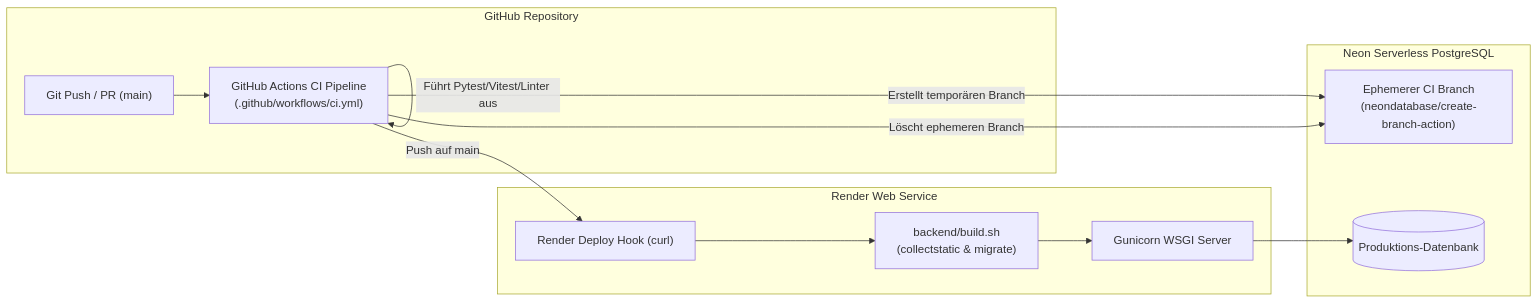
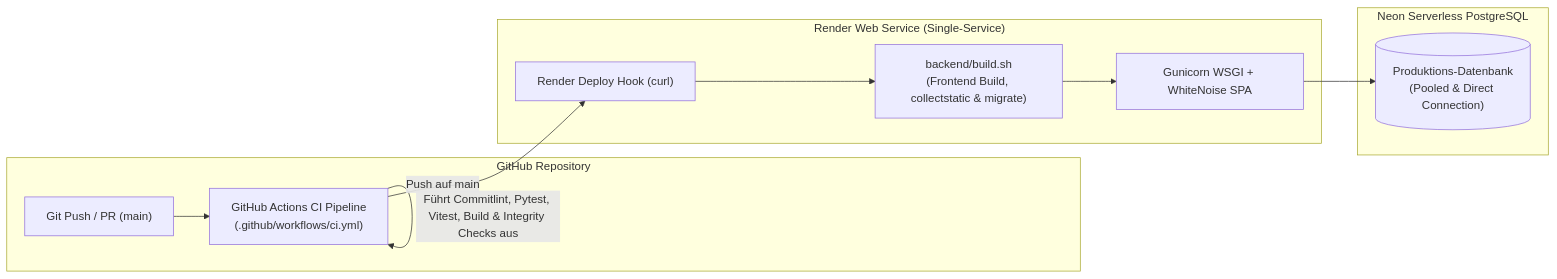
The diagram in docs/deployment.md (dfluechter/portfolio_project), drawn with Mermaid before and after one commit. The commit also changed other lines of this file and 95 other files, not shown here.

````diff
--- a/docs/deployment.md
+++ b/docs/deployment.md
@@ -9,27 +9,24 @@
 ```mermaid
 flowchart LR
     subgraph GitHub["GitHub Repository"]
         Commit["Git Push / PR (main)"]
         CI["GitHub Actions CI Pipeline<br>(.github/workflows/ci.yml)"]
     end
 
     subgraph Neon["Neon Serverless PostgreSQL"]
-        Branch["Ephemerer CI Branch<br>(neondatabase/create-branch-action)"]
-        ProdDB[("Produktions-Datenbank")]
+        ProdDB[("Produktions-Datenbank<br>(Pooled & Direct Connection)")]
     end
 
-    subgraph Render["Render Web Service"]
+    subgraph Render["Render Web Service (Single-Service)"]
         DeployHook["Render Deploy Hook (curl)"]
-        BuildHook["backend/build.sh<br>(collectstatic & migrate)"]
-        Gunicorn["Gunicorn WSGI Server"]
+        BuildHook["backend/build.sh<br>(Frontend Build, collectstatic & migrate)"]
+        Gunicorn["Gunicorn WSGI + WhiteNoise SPA"]
     end
 
     Commit --> CI
-    CI -->|Erstellt temporären Branch| Branch
-    CI -->|Führt Pytest/Vitest/Linter aus| CI
-    CI -->|Löscht ephemeren Branch| Branch
+    CI -->|Führt Commitlint, Pytest, Vitest, Build & Integrity Checks aus| CI
     CI -->|Push auf main| DeployHook
     DeployHook --> BuildHook
     BuildHook --> Gunicorn
     Gunicorn --> ProdDB
 ```
````
